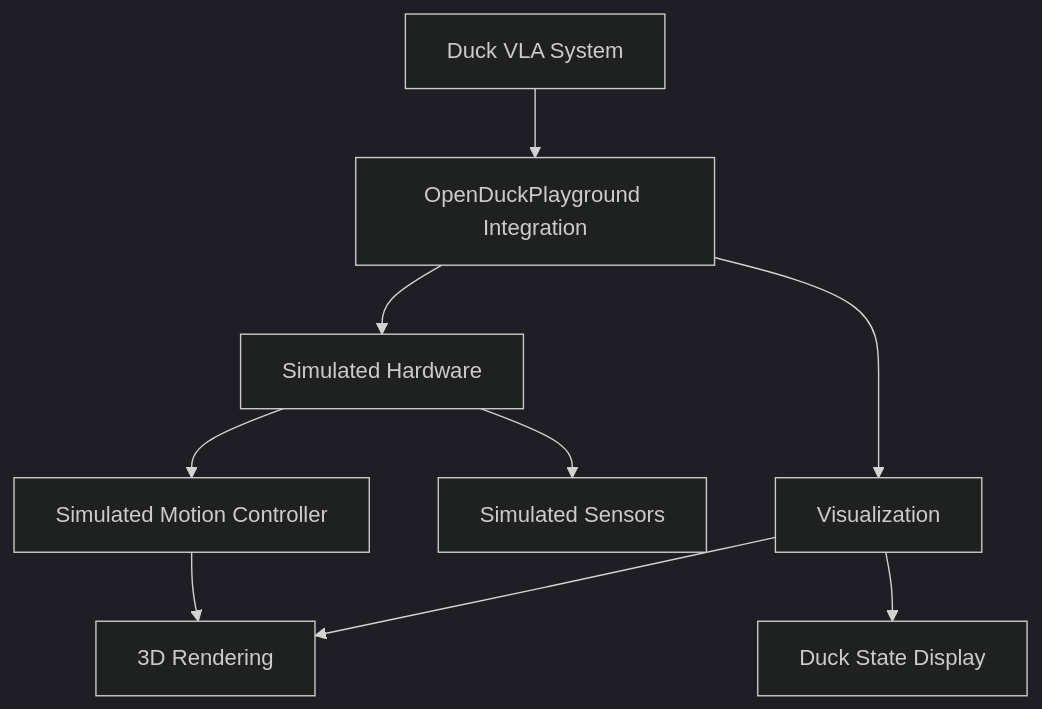
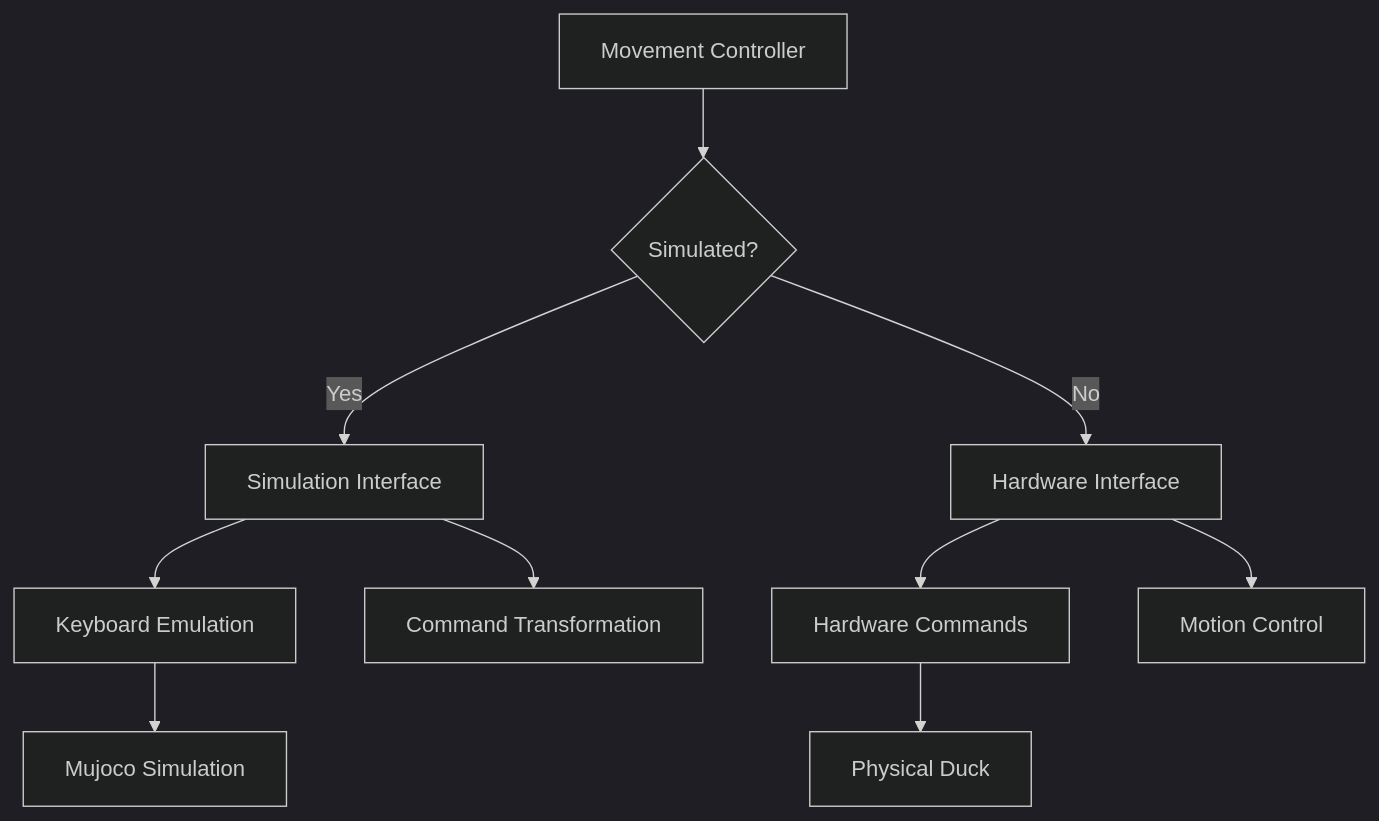
The third of 3 diagrams in duck_vla/README.md (Aronnaxx/d00t), drawn with Mermaid (dark theme) before and after one commit. The commit also changed other lines of this file and 5 other files, not shown here.

First line of the commit message:
feat: Update README.md and enhance run_duck.py for LLM integration

````diff
--- a/duck_vla/README.md
+++ b/duck_vla/README.md
@@ -100,15 +122,15 @@
 ```mermaid
 graph TD
-    A[Duck VLA System] --> B[OpenDuckPlayground Integration]
+    A[Movement Controller] --> B{Simulated?}
+    B -->|Yes| C[Simulation Interface]
+    B -->|No| D[Hardware Interface]
     
-    B --> C[Simulated Hardware]
-    B --> D[Visualization]
+    C --> E[Keyboard Emulation]
+    C --> F[Command Transformation]
     
-    C --> E[Simulated Motion Controller]
-    C --> F[Simulated Sensors]
+    D --> G[Hardware Commands]
+    D --> H[Motion Control]
     
-    D --> G[3D Rendering]
-    D --> H[Duck State Display]
-    
-    E --> G
+    E --> I[Mujoco Simulation]
+    G --> J[Physical Duck]
 ```
````
